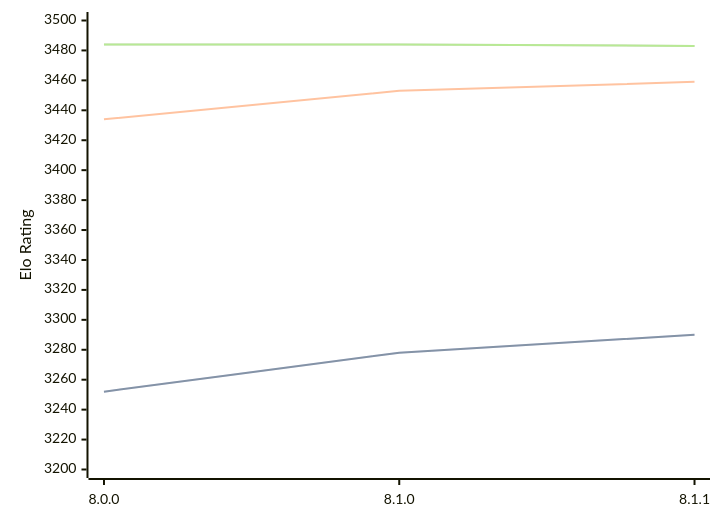
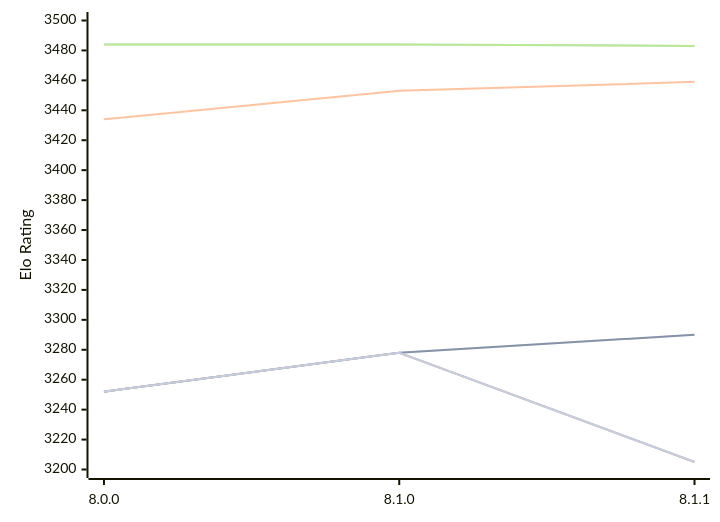
One commit to computer-chess-index/cci changed the diagram in engines/Velvet.md. Above: the diagram before and after it, drawn with Mermaid. The commit also changed other lines of this file, not shown here.

Commit message:
Update CCI Ratings (ELO VLTC) - 2026-10-11

````diff
--- a/engines/Velvet.md
+++ b/engines/Velvet.md
@@ -49,16 +49,13 @@
 ```mermaid
 %%{init: {"theme":"base","themeVariables":{"seriesColors:['#a3a3a3','#222221','#faa371']}}}%%
 xychart-beta
   x-axis ["8.0.0", "8.1.0", "8.1.1"]
   y-axis "Elo Rating" 3200 --> 3500
   line "" [3252, 3278, 3290]
   line "T1: STC (8.0+0.08s)" [3252, 3278, 3290]
   line "T1: LTC (60.0+0.60s)" [3434, 3453, 3459]
   line "" [3484, 3484, 3483]
   line "T1: VLTC (2m24s+1.12s)" [3484, 3484, 3483]
-  line "" [3193]
-  line "E1: STC (8.0+0.08s)" [3193]
-  line "E1: LTC (60.0+0.60s)" [3398]
-  line "" [3471]
-  line "E1: VLTC (2m24s+1.12s)" [3471]
+  line "" [3252, 3278,3205]
+  line "E1: STC (8.0+0.08s)" [3252, 3278,3205]
 ```
````
